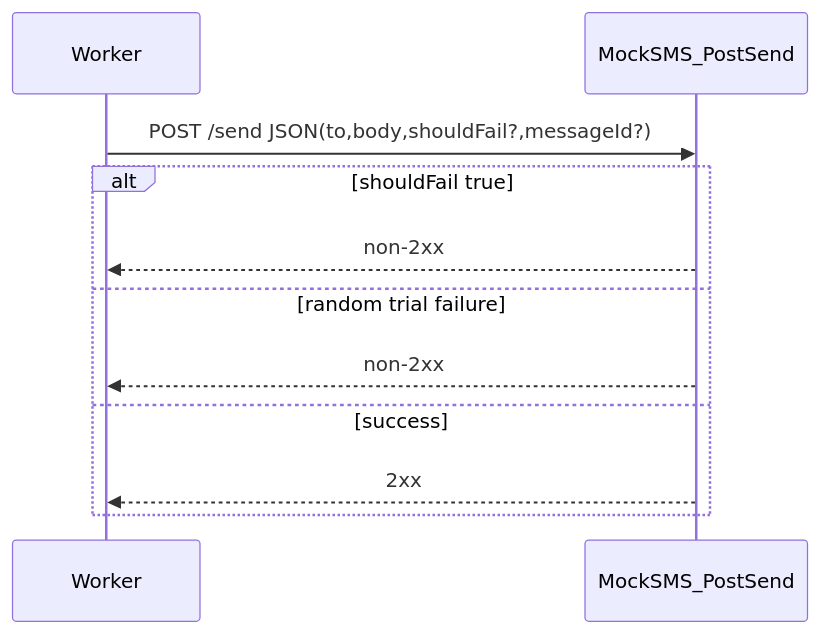
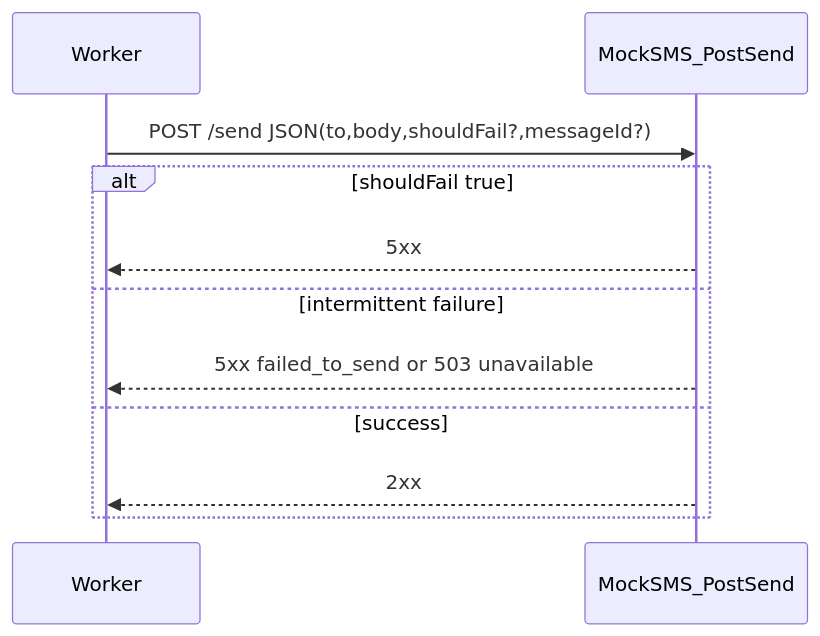
The diagram in plans/MOCK_SMS.md (nitzanshinnies/nitzan_shinnies_inspectio_exercise), drawn with Mermaid before and after one commit. The commit also changed other lines of this file and 3 other files, not shown here.

First line of the commit message:
Mock SMS: 2xx vs 5xx outcomes; two failure kinds

````diff
--- a/plans/MOCK_SMS.md
+++ b/plans/MOCK_SMS.md
@@ -143,14 +164,14 @@
 ```mermaid
 sequenceDiagram
   participant Worker
   participant MockSMS as MockSMS_PostSend
 
   Worker->>MockSMS: POST /send JSON(to,body,shouldFail?,messageId?)
   alt shouldFail true
-    MockSMS-->>Worker: non-2xx
-  else random trial failure
-    MockSMS-->>Worker: non-2xx
+    MockSMS-->>Worker: 5xx
+  else intermittent failure
+    MockSMS-->>Worker: 5xx failed_to_send or 503 unavailable
   else success
     MockSMS-->>Worker: 2xx
   end
 ```
````
